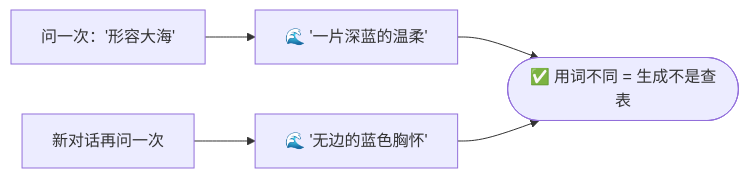
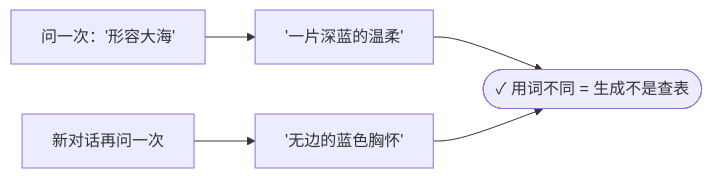
One commit to luckykhy/KhyAiHub changed the sixth of 7 diagrams in docs/02_CONCEPTS_概念入门/CONCEPT/[CONCEPT-06] 什么是LLM-大语言模型.md. Above: the diagram before and after it, drawn with Mermaid. The commit also changed other lines of this file and 19 other files, not shown here.

````diff
--- a/docs/02_CONCEPTS_概念入门/CONCEPT/[CONCEPT-06] 什么是LLM-大语言模型.md
+++ b/docs/02_CONCEPTS_概念入门/CONCEPT/[CONCEPT-06] 什么是LLM-大语言模型.md
@@ -220,6 +220,6 @@
 ```mermaid
 flowchart LR
-  Q1["问一次：'形容大海'"] --> A1["🌊 '一片深蓝的温柔'"]
-  Q2["新对话再问一次"] --> A2["🌊 '无边的蓝色胸怀'"]
-  A1 & A2 --> C(["✅ 用词不同 = 生成不是查表"])
+  Q1["问一次：'形容大海'"] --> A1["'一片深蓝的温柔'"]
+  Q2["新对话再问一次"] --> A2["'无边的蓝色胸怀'"]
+  A1 & A2 --> C(["✓ 用词不同 = 生成不是查表"])
 ```
````
